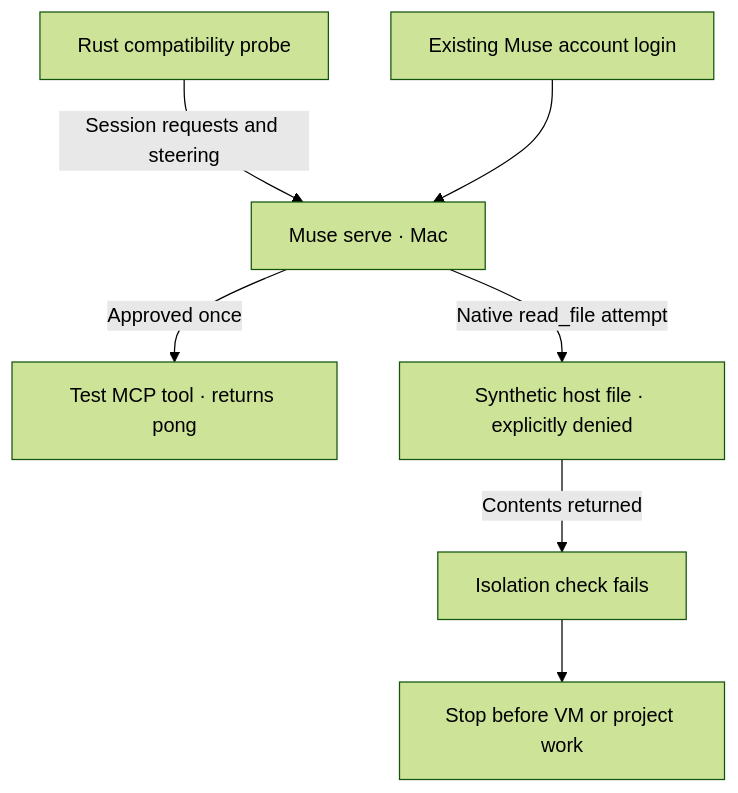
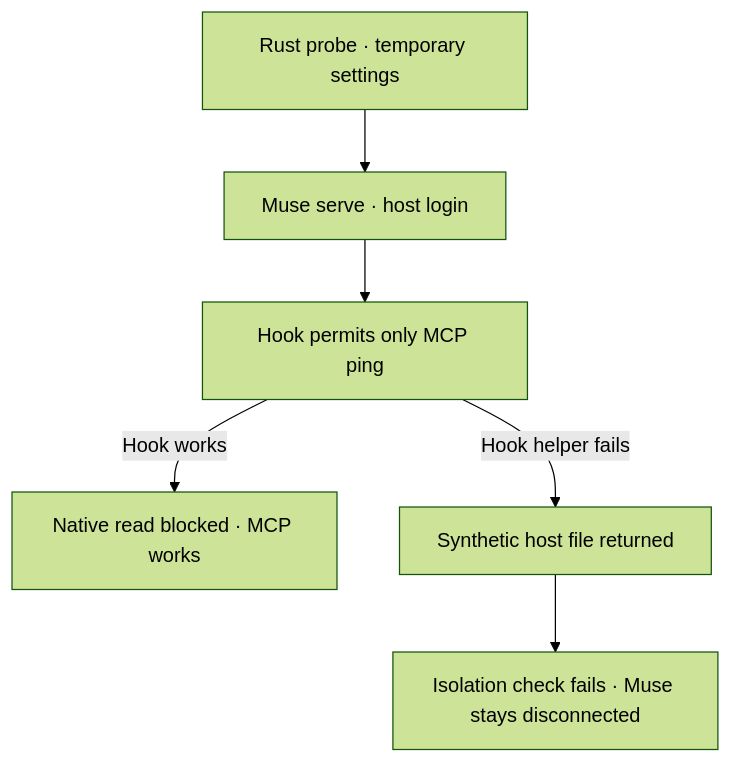
One commit to minimumeffort-dev/sprowt.harness changed the second of 2 diagrams in docs/workers.md. Above: the diagram before and after it, drawn with Mermaid (forest theme). The commit also changed other lines of this file and 2 other files, not shown here.

Commit message:
Test Muse isolation against failed tool guards

````diff
--- a/docs/workers.md
+++ b/docs/workers.md
@@ -66,9 +66,8 @@
 ```mermaid
 flowchart TB
-    probe["Rust compatibility probe"] -->|"Session requests and steering"| muse["Muse serve · Mac"]
-    login["Existing Muse account login"] --> muse
-    muse -->|"Approved once"| ping["Test MCP tool · returns pong"]
-    muse -->|"Native read_file attempt"| fixture["Synthetic host file · explicitly denied"]
-    fixture -->|"Contents returned"| gate["Isolation check fails"]
-    gate --> stop["Stop before VM or project work"]
+    probe["Rust probe · temporary settings"] --> muse["Muse serve · host login"]
+    muse --> guard["Hook permits only MCP ping"]
+    guard -->|"Hook works"| denied["Native read blocked · MCP works"]
+    guard -->|"Hook helper fails"| read["Synthetic host file returned"]
+    read --> stop["Isolation check fails · Muse stays disconnected"]
 ```
````
